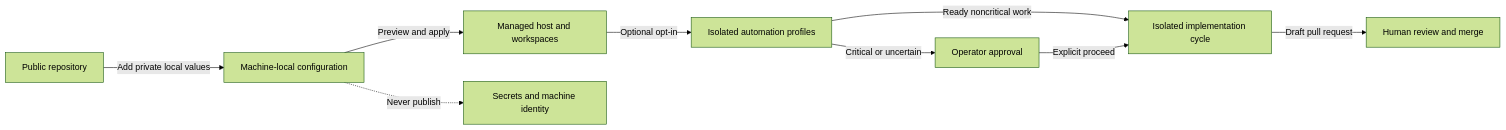
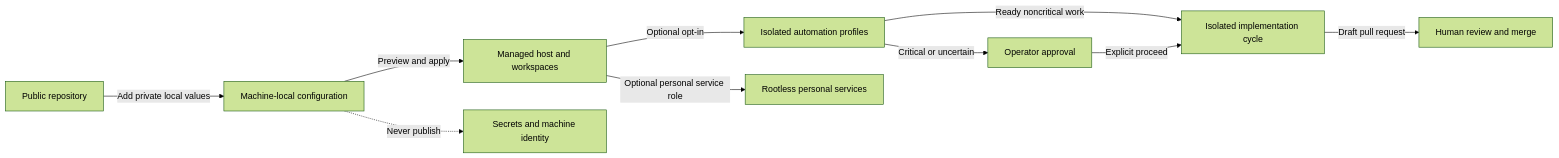
The diagram in docs/specs/dotfiles_ai_distribution/PRODUCT.md (Saltiola7/dotfiles-ai), drawn with Mermaid (forest theme) before and after one commit. The commit also changed other lines of this file and 18 other files, not shown here.

````diff
--- a/docs/specs/dotfiles_ai_distribution/PRODUCT.md
+++ b/docs/specs/dotfiles_ai_distribution/PRODUCT.md
@@ -67,13 +70,14 @@
 ```mermaid
 flowchart LR
     accTitle: dotfiles-ai product journey boundaries
     accDescr: A developer configures portable public defaults with private local values, opts into isolated automation, reviews critical or uncertain decisions and every draft pull request, while evidence-ready noncritical work may proceed autonomously and secrets remain local.
     P[Public repository] -->|Add private local values| C[Machine-local configuration]
     C -->|Preview and apply| W[Managed host and workspaces]
     W -->|Optional opt-in| A[Isolated automation profiles]
+    W -->|Optional personal service role| S[Rootless personal services]
     A -->|Ready noncritical work| I[Isolated implementation cycle]
     A -->|Critical or uncertain| U[Operator approval]
     U -->|Explicit proceed| I
     I -->|Draft pull request| R[Human review and merge]
     C -.->|Never publish| X[Secrets and machine identity]
 ```
````
